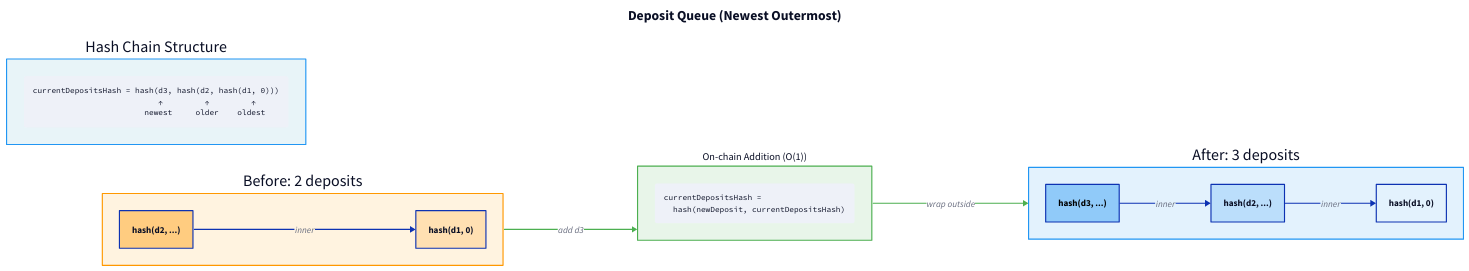
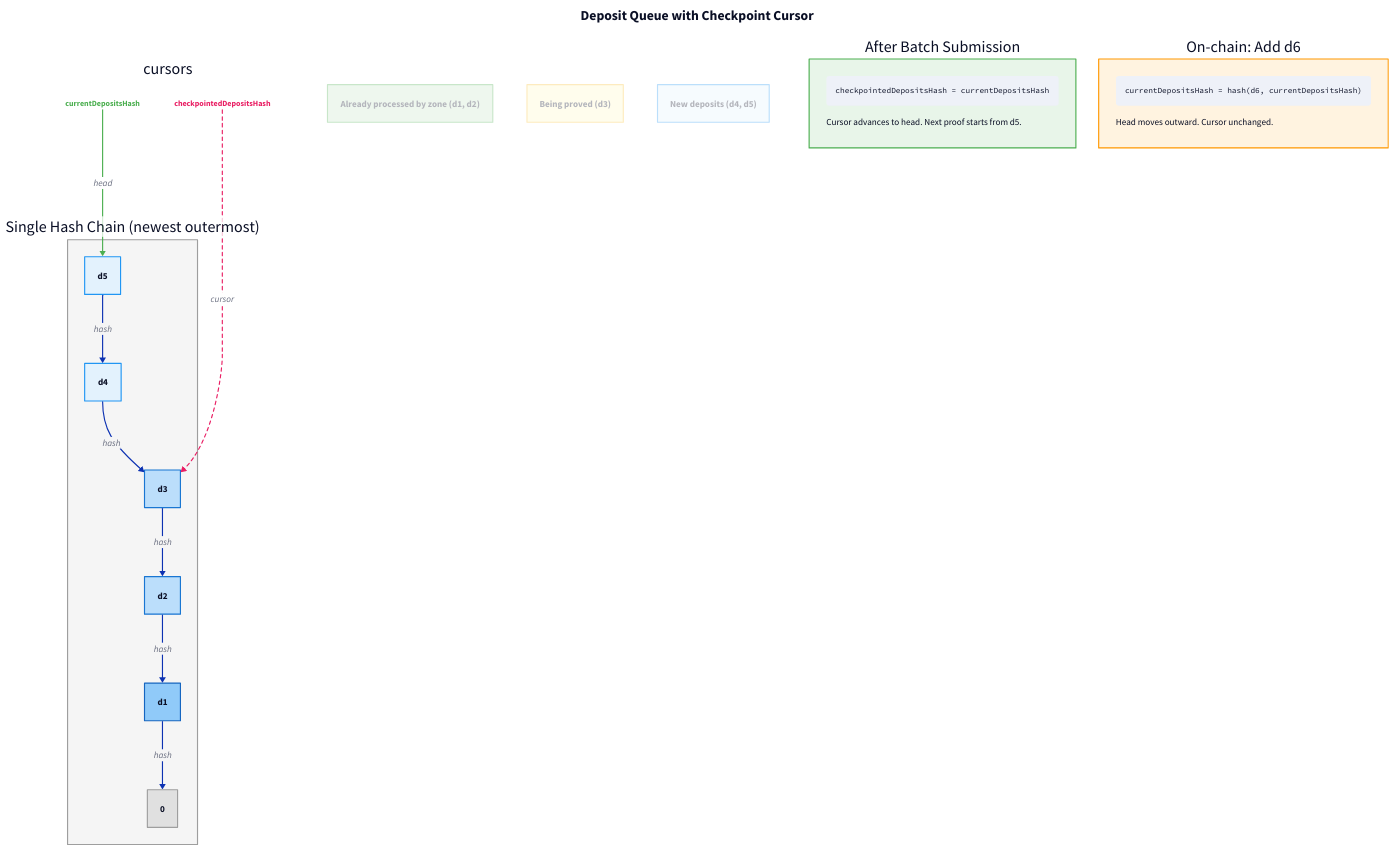
The diagram in docs/diagrams/deposit-queue.d2 (tempoxyz/zones), drawn with D2 before and after one commit. The commit also changed 4 other files, not shown here.

First line of the commit message:
docs: update diagrams to show cursor vs two-queue models

````diff
--- a/docs/diagrams/deposit-queue.d2
+++ b/docs/diagrams/deposit-queue.d2
@@ -1,81 +1,124 @@
-direction: right
+direction: down
 
 title: {
-  label: Deposit Queue (Newest Outermost)
+  label: Deposit Queue with Checkpoint Cursor
   near: top-center
   shape: text
   style.font-size: 24
   style.bold: true
 }
 
-# Structure explanation
-structure: {
-  label: "Hash Chain Structure"
-  shape: rectangle
-  style.fill: "#e8f4f8"
-  style.stroke: "#2196F3"
+# Single queue visualization
+queue: {
+  label: "Single Hash Chain (newest outermost)"
+  style.fill: "#f5f5f5"
+  style.stroke: "#9e9e9e"
 
-  formula: |md
+  d5: "d5" { style.fill: "#e3f2fd"; style.stroke: "#2196F3" }
+  d4: "d4" { style.fill: "#e3f2fd"; style.stroke: "#2196F3" }
+  d3: "d3" { style.fill: "#bbdefb"; style.stroke: "#1976D2" }
+  d2: "d2" { style.fill: "#bbdefb"; style.stroke: "#1976D2" }
+  d1: "d1" { style.fill: "#90caf9"; style.stroke: "#1565C0" }
+  zero: "0" { style.fill: "#e0e0e0"; style.stroke: "#9e9e9e" }
+
+  d5 -> d4: "hash"
+  d4 -> d3: "hash"
+  d3 -> d2: "hash"
+  d2 -> d1: "hash"
+  d1 -> zero: "hash"
+}
+
+# Cursors
+cursors: {
+  style.fill: transparent
+  style.stroke: transparent
+
+  checkpoint_label: {
+    label: "checkpointedDepositsHash"
+    shape: text
+    style.font-size: 14
+    style.font-color: "#E91E63"
+    style.bold: true
+  }
+
+  current_label: {
+    label: "currentDepositsHash"
+    shape: text
+    style.font-size: 14
+    style.font-color: "#4CAF50"
+    style.bold: true
+  }
+}
+
+cursors.checkpoint_label -> queue.d3: {
+  style.stroke: "#E91E63"
+  style.stroke-width: 2
+  style.stroke-dash: 3
+  label: "cursor"
+}
+
+cursors.current_label -> queue.d5: {
+  style.stroke: "#4CAF50"
+  style.stroke-width: 2
+  label: "head"
+}
+
+# Regions
+regions: {
+  label: ""
+  style.fill: transparent
+  style.stroke: transparent
+
+  processed: {
+    label: "Already processed by zone (d1, d2)"
+    shape: rectangle
+    style.fill: "#c8e6c9"
+    style.stroke: "#4CAF50"
+    style.opacity: 0.3
+  }
+
+  pending_proof: {
+    label: "Being proved (d3)"
+    shape: rectangle
+    style.fill: "#fff9c4"
+    style.stroke: "#FBC02D"
+    style.opacity: 0.3
+  }
+
+  pending_new: {
+    label: "New deposits (d4, d5)"
+    shape: rectangle
+    style.fill: "#e3f2fd"
+    style.stroke: "#2196F3"
+    style.opacity: 0.3
+  }
+}
+
+# After batch
+after: {
+  label: "After Batch Submission"
+  style.fill: "#e8f5e9"
+  style.stroke: "#4CAF50"
+
+  action: |md
     ```
-    currentDepositsHash = hash(d3, hash(d2, hash(d1, 0)))
-                               ↑         ↑         ↑
-                            newest     older    oldest
+    checkpointedDepositsHash = currentDepositsHash
     ```
+    Cursor advances to head.
+    Next proof starts from d5.
   |
 }
 
-# Before state
-before: {
-  label: "Before: 2 deposits"
-  shape: rectangle
+# On-chain add
+onchain: {
+  label: "On-chain: Add d6"
   style.fill: "#fff3e0"
   style.stroke: "#FF9800"
 
-  d2_outer: "hash(d2, ...)" {
-    style.fill: "#ffcc80"
-  }
-  d1_inner: "hash(d1, 0)" {
-    style.fill: "#ffe0b2"
-  }
-  d2_outer -> d1_inner: "inner"
-}
-
-# Addition operation
-add_op: {
-  label: "On-chain Addition (O(1))"
-  shape: rectangle
-  style.fill: "#e8f5e9"
-  style.stroke: "#4CAF50"
-  style.font-size: 18
-
-  code: |md
-    ```solidity
-    currentDepositsHash =
-      hash(newDeposit, currentDepositsHash)
+  action: |md
     ```
+    currentDepositsHash = hash(d6, currentDepositsHash)
+    ```
+    Head moves outward. Cursor unchanged.
   |
 }
-
-# After state
-after: {
-  label: "After: 3 deposits"
-  shape: rectangle
-  style.fill: "#e3f2fd"
-  style.stroke: "#2196F3"
-
-  d3_outer: "hash(d3, ...)" {
-    style.fill: "#90caf9"
-    style.font-color: "#000"
-  }
-  d2_middle: "hash(d2, ...)" {
-    style.fill: "#bbdefb"
-  }
-  d1_inner: "hash(d1, 0)" {
-    style.fill: "#e3f2fd"
-  }
-  d3_outer -> d2_middle: "inner"
-  d2_middle -> d1_inner: "inner"
-}
-
-before -> add_op: "add d3" {style.stroke: "#4CAF50"}
-add_op -> after: "wrap outside" {style.stroke: "#4CAF50"}
````
